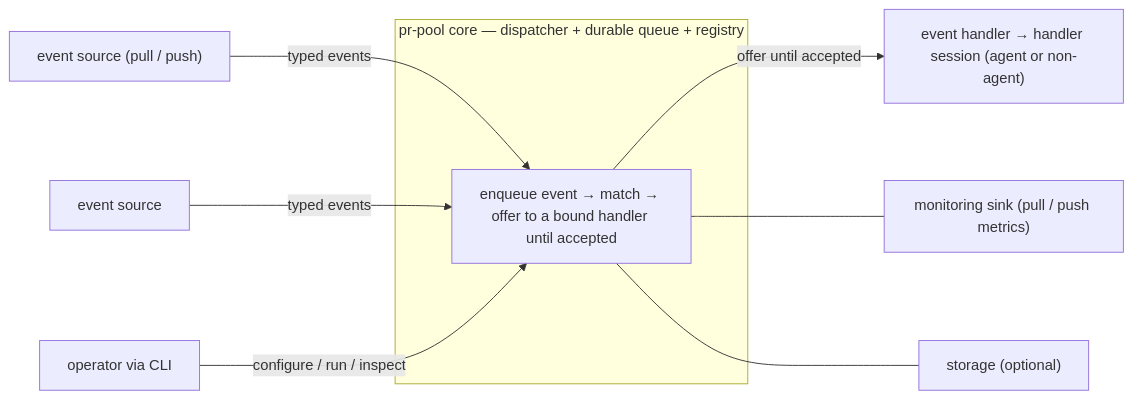
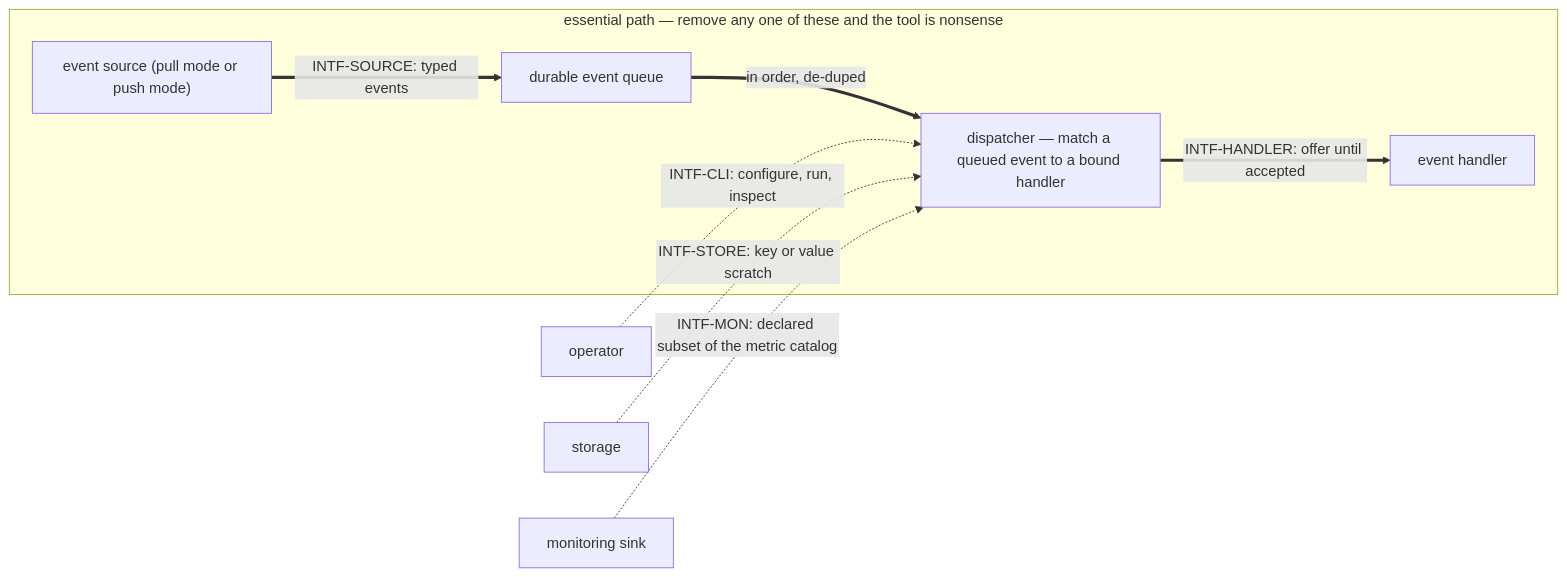
The diagram in packages/pr-pool/docs/behavior/README.md (phillipgreenii/nix-agent-support), drawn with Mermaid before and after one commit. The commit also changed other lines of this file and 1 other file, not shown here.

````diff
--- a/packages/pr-pool/docs/behavior/README.md
+++ b/packages/pr-pool/docs/behavior/README.md
@@ -15,12 +18,15 @@
 ```mermaid
 flowchart LR
-    SRCa["event source (pull / push)"] -->|typed events| core
-    SRCb["event source"] -->|typed events| core
-    subgraph prpool["pr-pool core — dispatcher + durable queue + registry"]
-      core["enqueue event → match → offer to a bound handler until accepted"]
+    subgraph essential["essential path — remove any one of these and the tool is nonsense"]
+      SRC["event source (pull mode or push mode)"]
+      Q["durable event queue"]
+      DISP["dispatcher — match a queued event to a bound handler"]
+      HDL["event handler"]
+      SRC ==>|"INTF-SOURCE: typed events"| Q
+      Q ==>|"in order, de-duped"| DISP
+      DISP ==>|"INTF-HANDLER: offer until accepted"| HDL
     end
-    core -->|offer until accepted| HDL["event handler → handler session (agent or non-agent)"]
-    core --- MON["monitoring sink (pull / push metrics)"]
-    core --- STO["storage (optional)"]
-    OP["operator via CLI"] -->|configure / run / inspect| core
+    OP["operator"] -.->|"INTF-CLI: configure, run, inspect"| DISP
+    STO["storage"] -.->|"INTF-STORE: key or value scratch"| DISP
+    MON["monitoring sink"] -.->|"INTF-MON: declared subset of the metric catalog"| DISP
 ```
````
